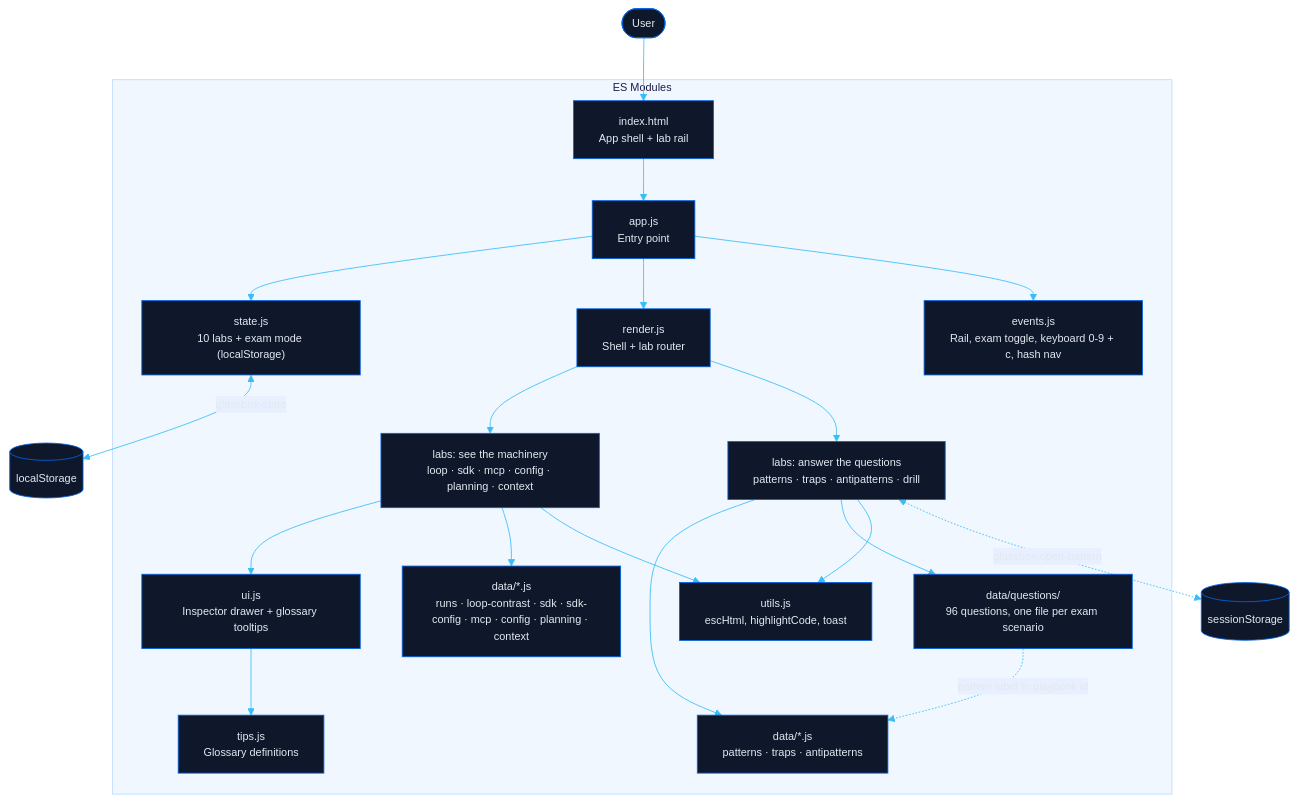
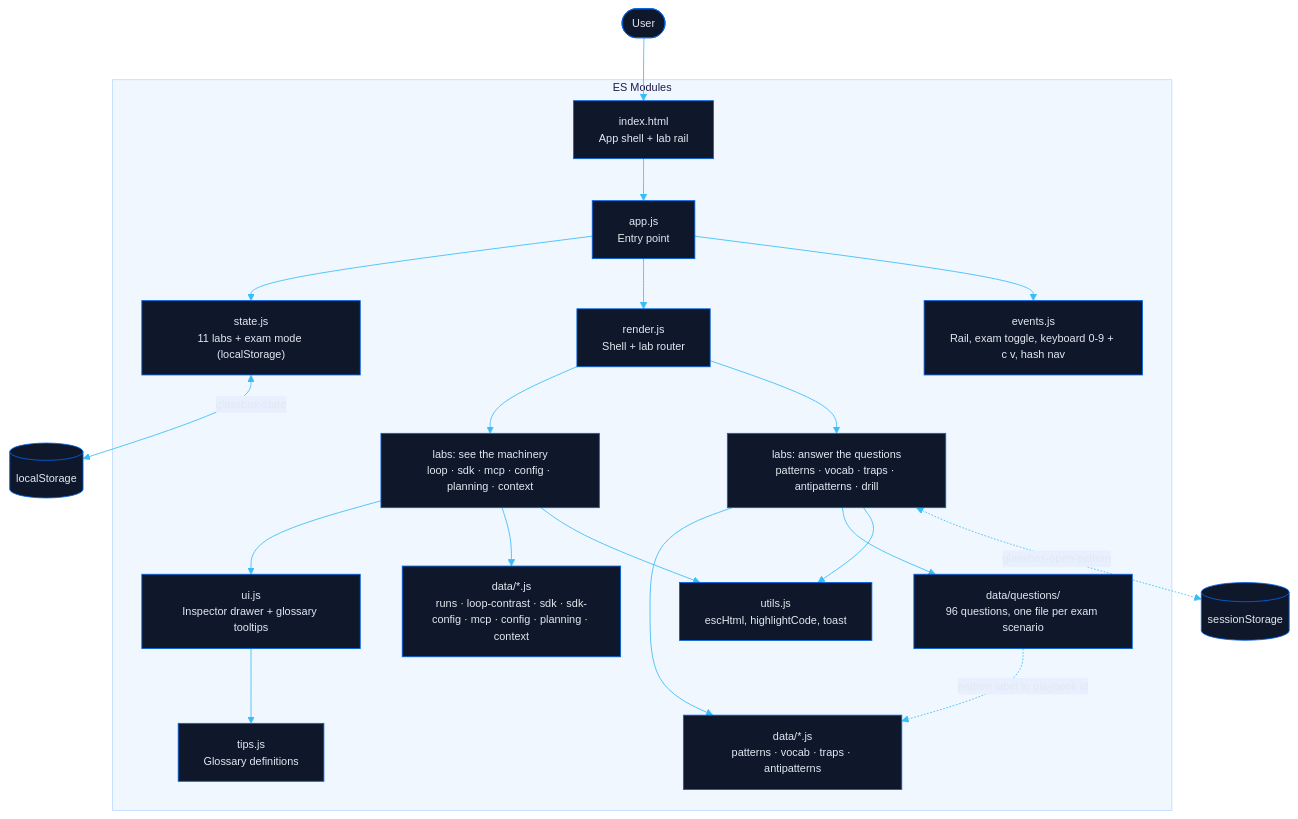
One commit to energon-a-secas/glassbox-site changed the diagram in docs/architecture.mmd. Above: the diagram before and after it, drawn with Mermaid. The commit also changed 10 other files, not shown here.

```diff
--- a/docs/architecture.mmd
+++ b/docs/architecture.mmd
@@ -1,44 +1,44 @@
 ---
 config:
   theme: base
   themeVariables:
     primaryColor: "#0f172a"
     primaryTextColor: "#e2e8f0"
     primaryBorderColor: "#0063e5"
     lineColor: "#38bdf8"
     secondaryColor: "#1e293b"
     tertiaryColor: "#1e293b"
     clusterBkg: "#f0f7ff"
     clusterBorder: "#bfdbfe"
     edgeLabelBackground: "#e8f0ff"
     mainBkg: "#0f172a"
     nodeBorder: "#0063e5"
     titleColor: "#1e1b4b"
     fontFamily: "ui-sans-serif, system-ui, -apple-system, sans-serif"
     fontSize: "13px"
 ---
 flowchart TB
     User([User]) --> HTML["index.html\nApp shell + lab rail"]
 
     subgraph App["ES Modules"]
         HTML --> app["app.js\nEntry point"]
-        app --> state["state.js\n10 labs + exam mode (localStorage)"]
+        app --> state["state.js\n11 labs + exam mode (localStorage)"]
         app --> render["render.js\nShell + lab router"]
-        app --> events["events.js\nRail, exam toggle, keyboard 0-9 + c, hash nav"]
+        app --> events["events.js\nRail, exam toggle, keyboard 0-9 + c v, hash nav"]
 
         render --> sims["labs: see the machinery\nloop · sdk · mcp · config · planning · context"]
-        render --> study["labs: answer the questions\npatterns · traps · antipatterns · drill"]
+        render --> study["labs: answer the questions\npatterns · vocab · traps · antipatterns · drill"]
 
         sims --> ui["ui.js\nInspector drawer + glossary tooltips"]
         sims --> simdata["data/*.js\nruns · loop-contrast · sdk · sdk-config · mcp · config · planning · context"]
-        study --> studydata["data/*.js\npatterns · traps · antipatterns"]
+        study --> studydata["data/*.js\npatterns · vocab · traps · antipatterns"]
         study --> qbank["data/questions/\n96 questions, one file per exam scenario"]
 
         sims --> utils["utils.js\nescHtml, highlightCode, toast"]
         study --> utils
         ui --> tips["tips.js\nGlossary definitions"]
     end
 
     qbank -.->|"pattern label to playbook id"| studydata
     state <-->|"glassbox-state"| Storage[("localStorage")]
     study <-.->|"glassbox-open-pattern"| Session[("sessionStorage")]
```
